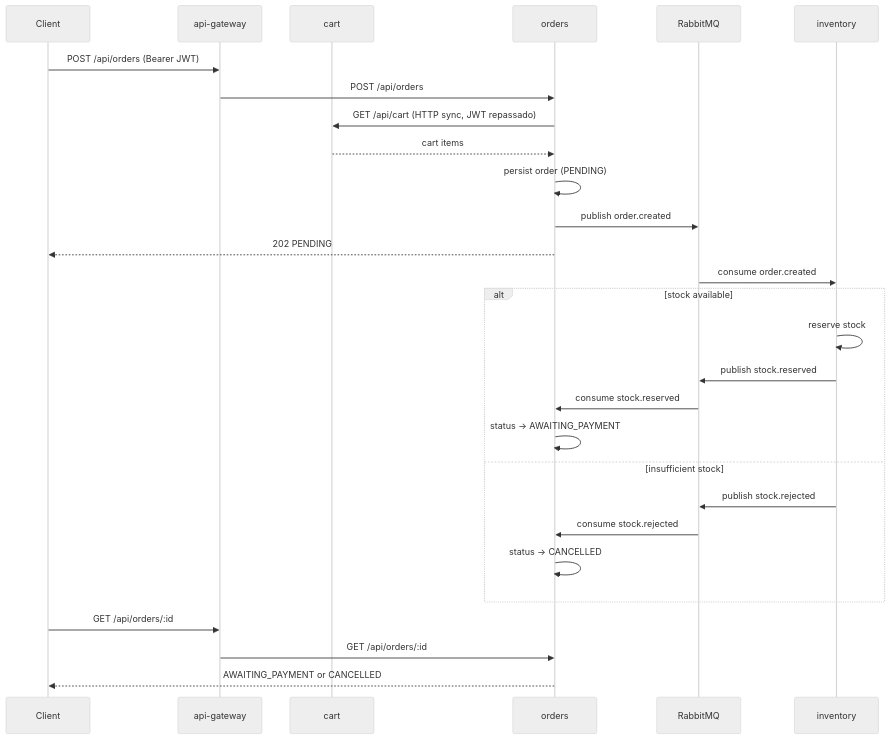
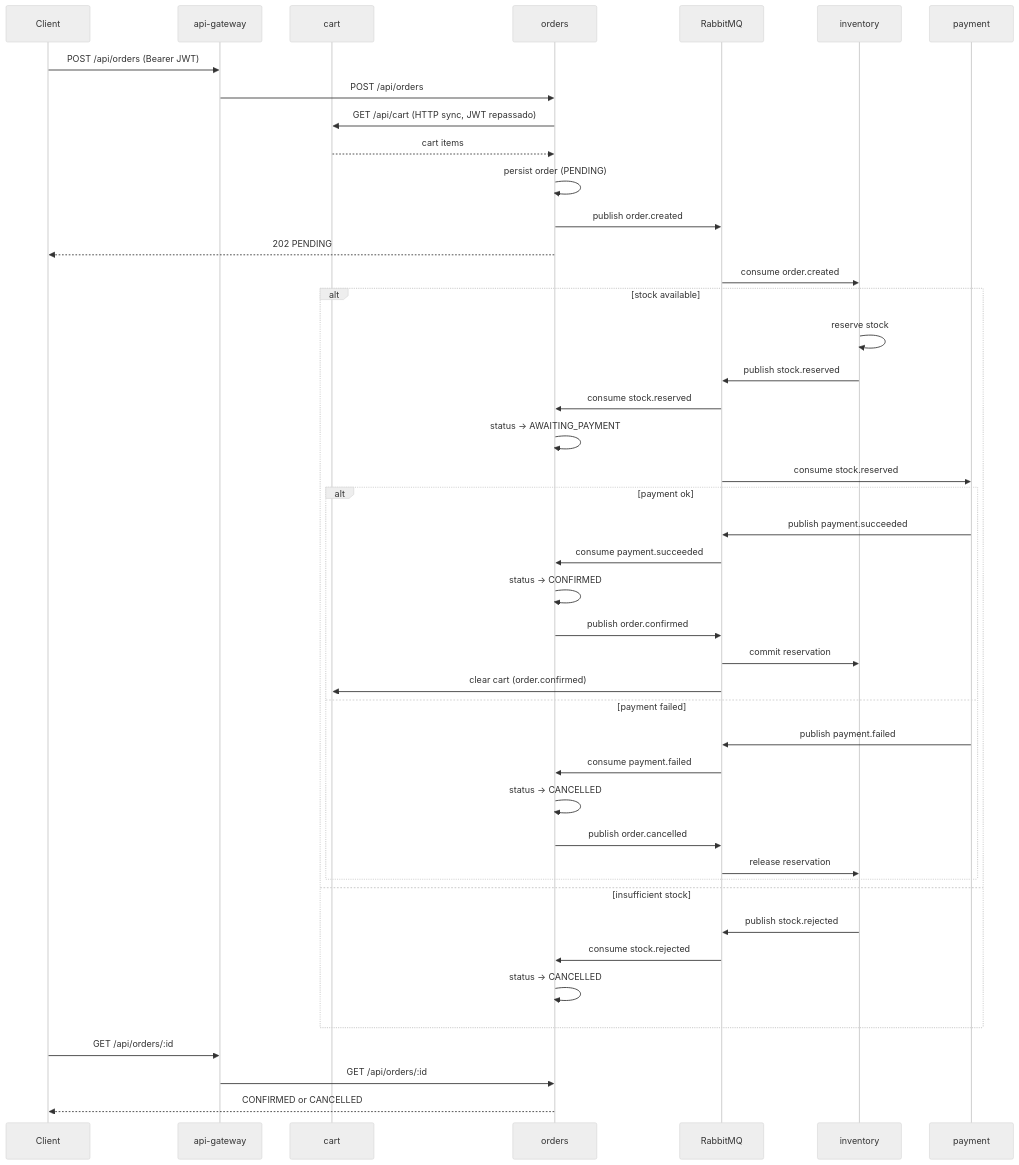
The second of 2 diagrams in docs/current-state.md (JeanMonteiro/ecommerce), drawn with Mermaid (neutral theme) before and after one commit. The commit also changed other lines of this file and 6 other files, not shown here.

````diff
--- a/docs/current-state.md
+++ b/docs/current-state.md
@@ -203,33 +203,49 @@
 ```mermaid
 sequenceDiagram
   participant Client
   participant GW as api-gateway
   participant Cart as cart
   participant Orders as orders
   participant MQ as RabbitMQ
   participant Inv as inventory
+  participant Pay as payment
 
   Client->>GW: POST /api/orders (Bearer JWT)
   GW->>Orders: POST /api/orders
   Orders->>Cart: GET /api/cart (HTTP sync, JWT repassado)
   Cart-->>Orders: cart items
   Orders->>Orders: persist order (PENDING)
   Orders->>MQ: publish order.created
   Orders-->>Client: 202 PENDING
 
   MQ->>Inv: consume order.created
   alt stock available
     Inv->>Inv: reserve stock
     Inv->>MQ: publish stock.reserved
     MQ->>Orders: consume stock.reserved
     Orders->>Orders: status → AWAITING_PAYMENT
+    MQ->>Pay: consume stock.reserved
+    alt payment ok
+      Pay->>MQ: publish payment.succeeded
+      MQ->>Orders: consume payment.succeeded
+      Orders->>Orders: status → CONFIRMED
+      Orders->>MQ: publish order.confirmed
+      MQ->>Inv: commit reservation
+      MQ->>Cart: clear cart (order.confirmed)
+    else payment failed
+      Pay->>MQ: publish payment.failed
+      MQ->>Orders: consume payment.failed
+      Orders->>Orders: status → CANCELLED
+      Orders->>MQ: publish order.cancelled
+      MQ->>Inv: release reservation
+    end
   else insufficient stock
     Inv->>MQ: publish stock.rejected
     MQ->>Orders: consume stock.rejected
     Orders->>Orders: status → CANCELLED
   end
 
   Client->>GW: GET /api/orders/:id
   GW->>Orders: GET /api/orders/:id
-  Orders-->>Client: AWAITING_PAYMENT or CANCELLED
+  Orders-->>Client: CONFIRMED or CANCELLED
 ```
````
